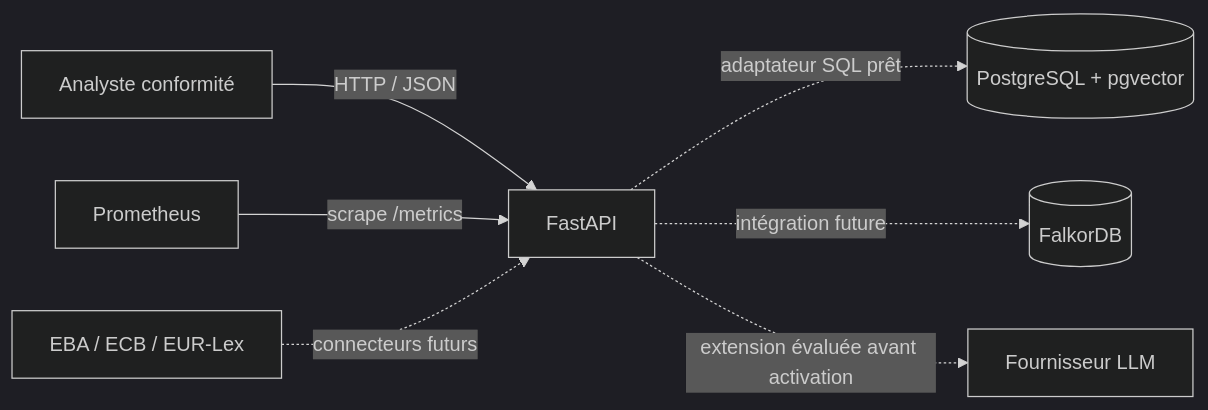
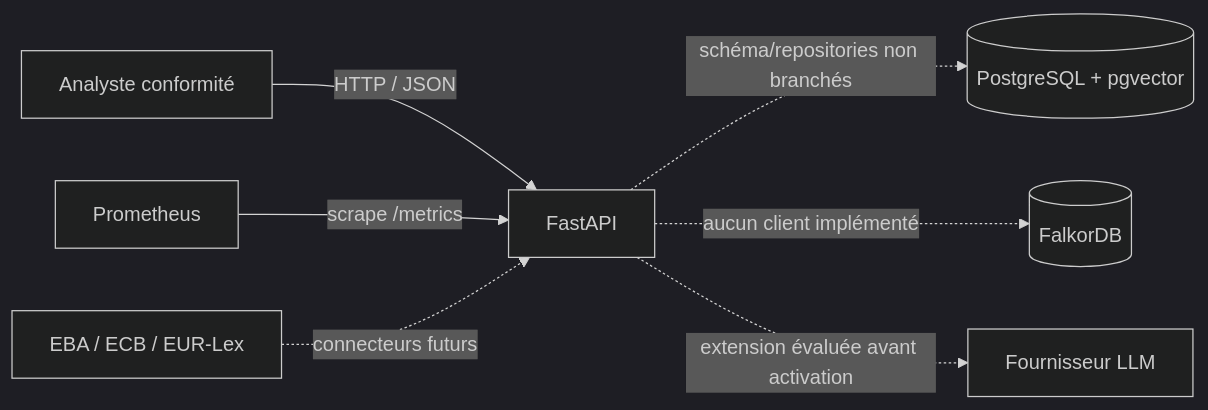
The first of 3 diagrams in docs/architecture.md (RaaaayN/bnp-regulation), drawn with Mermaid (dark theme) before and after one commit. The commit also changed other lines of this file and 18 other files, not shown here.

````diff
--- a/docs/architecture.md
+++ b/docs/architecture.md
@@ -23,9 +23,9 @@
 ```mermaid
 flowchart LR
     Analyste[Analyste conformité] -->|HTTP / JSON| API[FastAPI]
-    API -.->|adaptateur SQL prêt| PG[(PostgreSQL + pgvector)]
-    API -.->|intégration future| Graph[(FalkorDB)]
+    API -.->|schéma/repositories non branchés| PG[(PostgreSQL + pgvector)]
+    API -.->|aucun client implémenté| Graph[(FalkorDB)]
     Prom[Prometheus] -->|scrape /metrics| API
     Sources[EBA / ECB / EUR-Lex] -.->|connecteurs futurs| API
     API -.->|extension évaluée avant activation| LLM[Fournisseur LLM]
 ```
````
